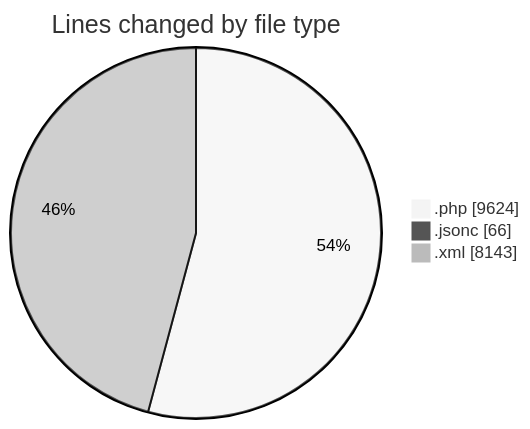
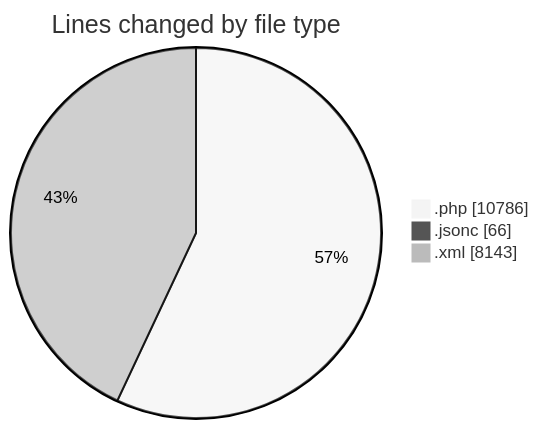
The first of 2 diagrams in 2025-09-06/shop/README.md (vahidmafi/code-tracking), drawn with Mermaid (neutral theme) before and after one commit. The commit also changed other lines of this file and 1 other file, not shown here.

````diff
--- a/2025-09-06/shop/README.md
+++ b/2025-09-06/shop/README.md
@@ -30,7 +31,7 @@
 ```mermaid
 pie showData
 title Lines changed by file type
-".php" : 9624
+".php" : 10786
 ".jsonc" : 66
 ".xml" : 8143
 ```
````
